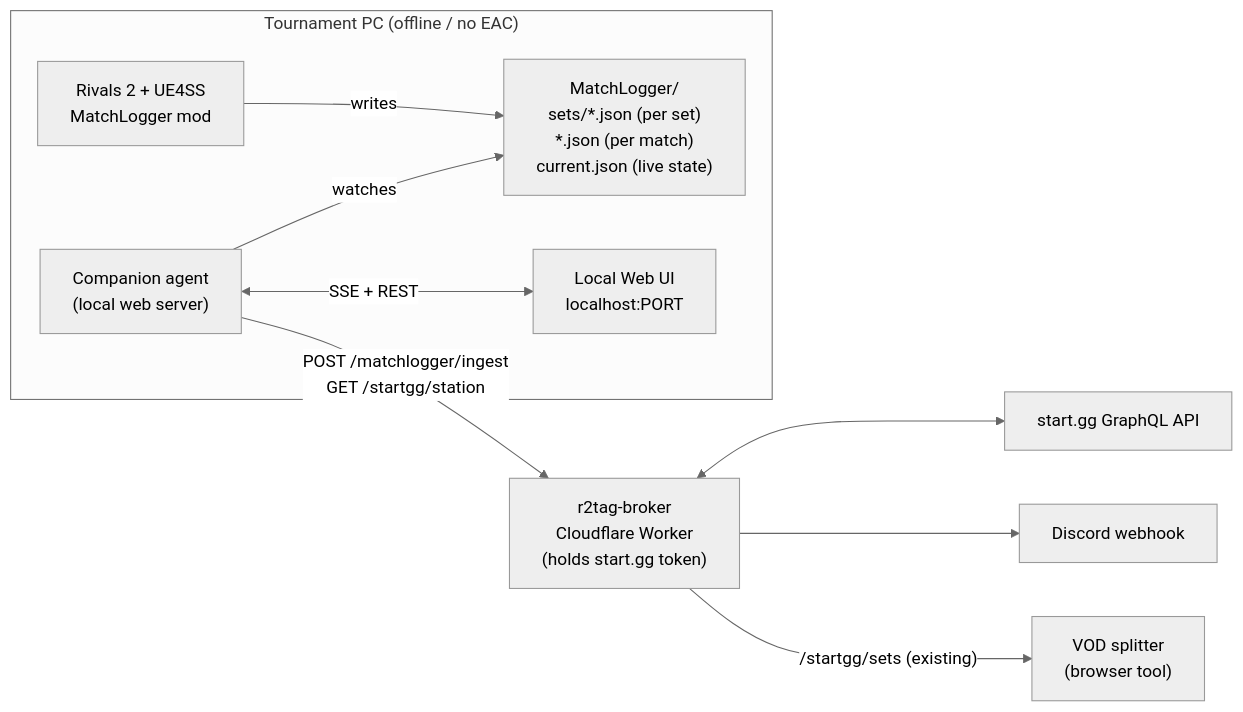
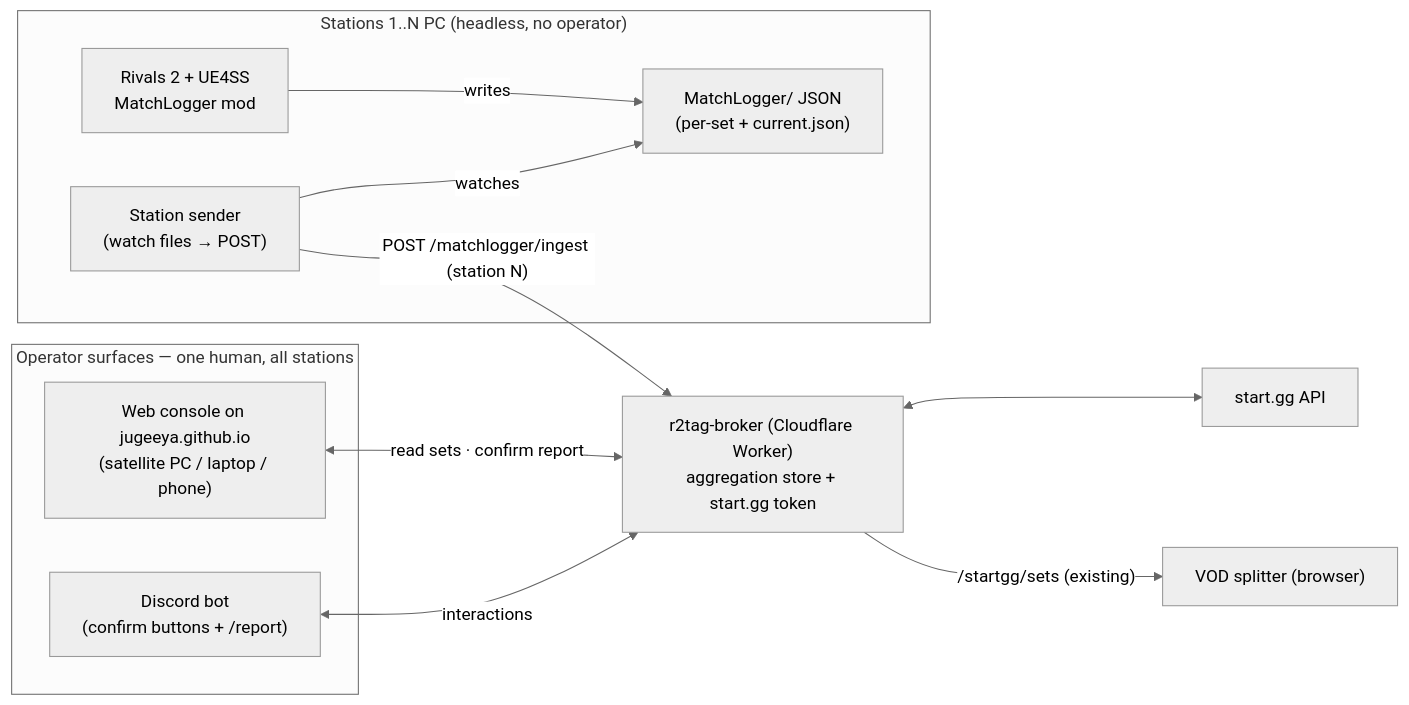
The diagram in matchlogger/DESIGN.md (jugeeya/training-modpack-metrics), drawn with Mermaid (neutral theme) before and after one commit. The commit also changed other lines of this file, not shown here.

First line of the commit message:
Rework integration design for multi-station aggregation + Discord

````diff
--- a/matchlogger/DESIGN.md
+++ b/matchlogger/DESIGN.md
@@ -28,21 +34,23 @@
 ```mermaid
 flowchart LR
-    subgraph PC["Tournament PC (offline / no EAC)"]
+    subgraph ST["Stations 1..N PC (headless, no operator)"]
         Game["Rivals 2 + UE4SS<br/>MatchLogger mod"]
-        Files["MatchLogger/<br/>sets/*.json (per set)<br/>*.json (per match)<br/>current.json (live state)"]
-        Agent["Companion agent<br/>(local web server)"]
-        UI["Local Web UI<br/>localhost:PORT"]
+        Files["MatchLogger/ JSON<br/>(per-set + current.json)"]
+        Sender["Station sender<br/>(watch files → POST)"]
         Game -->|writes| Files
-        Agent -->|watches| Files
-        Agent <-->|SSE + REST| UI
+        Sender -->|watches| Files
     end
-    Broker["r2tag-broker<br/>Cloudflare Worker<br/>(holds start.gg token)"]
-    StartGG["start.gg GraphQL API"]
-    Discord["Discord webhook"]
-    Splitter["VOD splitter<br/>(browser tool)"]
+    Broker["r2tag-broker (Cloudflare Worker)<br/>aggregation store + start.gg token"]
+    subgraph OPS["Operator surfaces — one human, all stations"]
+        Console["Web console on jugeeya.github.io<br/>(satellite PC / laptop / phone)"]
+        Discord["Discord bot<br/>(confirm buttons + /report)"]
+    end
+    StartGG["start.gg API"]
+    Splitter["VOD splitter (browser)"]
 
-    Agent -->|"POST /matchlogger/ingest<br/>GET /startgg/station"| Broker
+    Sender -->|"POST /matchlogger/ingest (station N)"| Broker
     Broker <--> StartGG
-    Broker --> Discord
+    Console <-->|"read sets · confirm report"| Broker
+    Discord <-->|"interactions"| Broker
     Broker -->|"/startgg/sets (existing)"| Splitter
 ```
````
